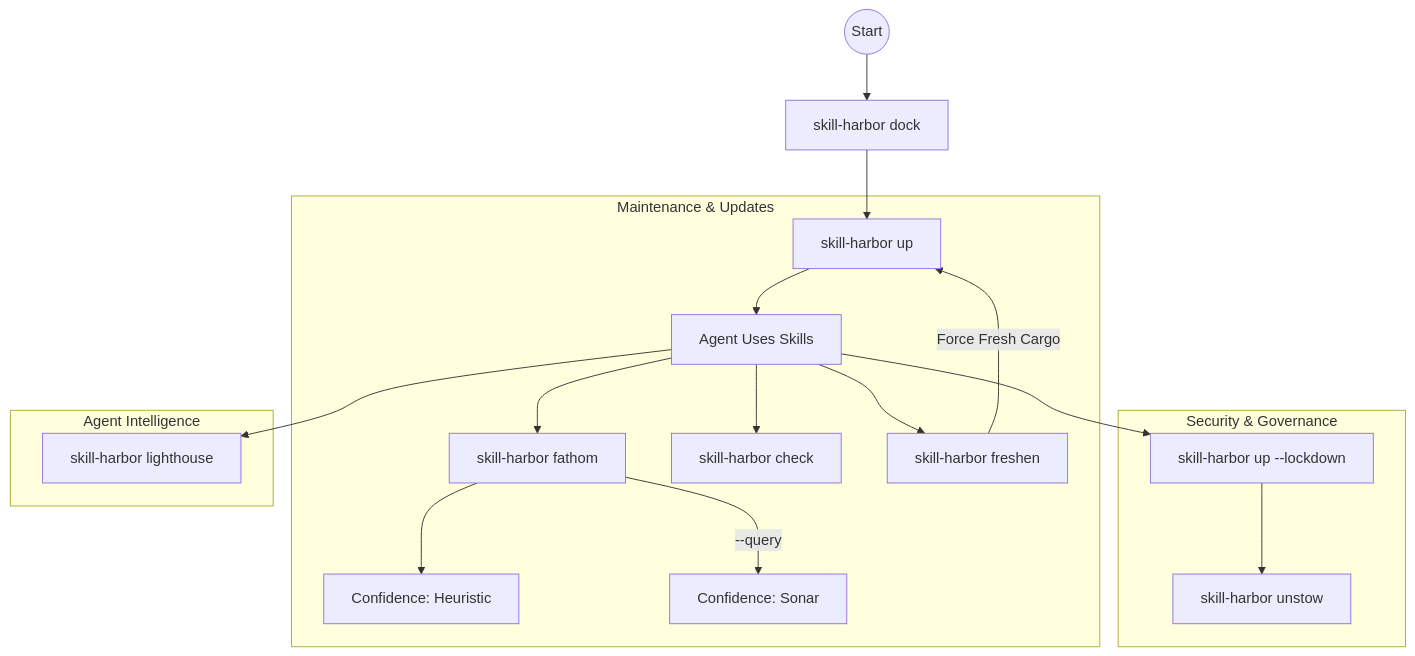
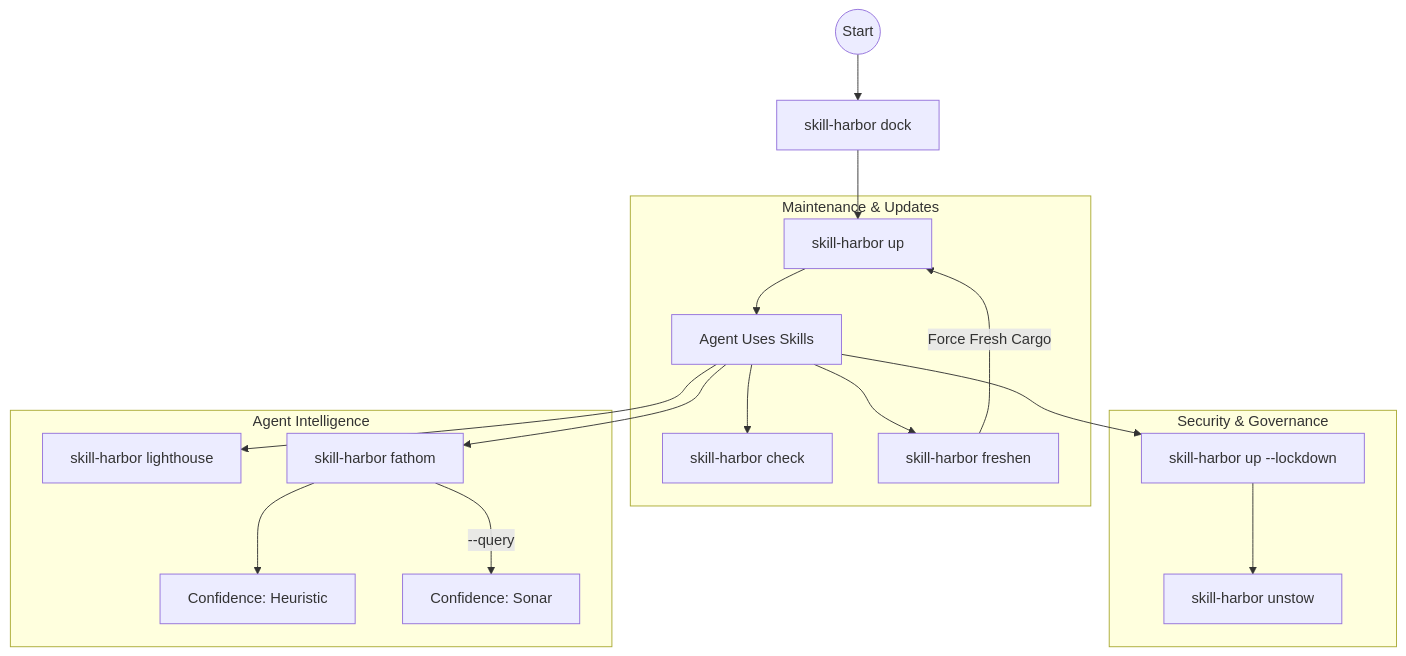
One commit to johntimothybailey/skill-harbor changed the diagram in README.md. Above: the diagram before and after it, drawn with Mermaid.

Commit message:
docs: move fathom command documentation under the Agent Intelligence subgraph in README.md

````diff
--- a/README.md
+++ b/README.md
@@ -42,25 +42,24 @@
 ```mermaid
 graph TD
     Start((Start)) --> Dock[skill-harbor dock]
     Dock --> Up[skill-harbor up]
     Up --> Use[Agent Uses Skills]
     
     subgraph "Maintenance & Updates"
-    Use --> Fathom[skill-harbor fathom]
-    Fathom --> Heuristic[Confidence: Heuristic]
-    Fathom -- "--query" --> Sonar[Confidence: Sonar]
-    
     Use --> Check[skill-harbor check]
     Use --> Freshen[skill-harbor freshen]
     Freshen -- "Force Fresh Cargo" --> Up
     end
     
     subgraph "Security & Governance"
     Use --> Lockdown[skill-harbor up --lockdown]
     Lockdown --> Unstow[skill-harbor unstow]
     end
     
     subgraph "Agent Intelligence"
     Use --> Light[skill-harbor lighthouse]
+    Use --> Fathom[skill-harbor fathom]
+    Fathom --> Heuristic[Confidence: Heuristic]
+    Fathom -- "--query" --> Sonar[Confidence: Sonar]
     end
 ```
````
